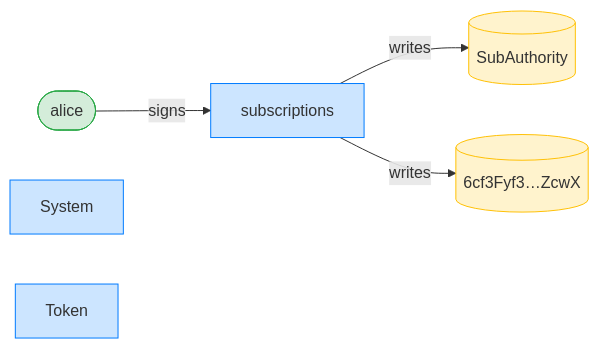
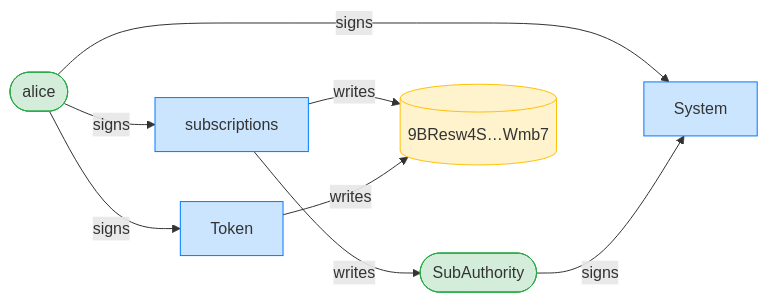
Before and after one commit to cds-rs/subscriptions: the third of 20 diagrams in dsl_tests/resume-rejected-when-the-plan-was-deleted.md, drawn with Mermaid. The commit also changed other lines of this file and 224 other files, not shown here.

````diff
--- a/dsl_tests/resume-rejected-when-the-plan-was-deleted.md
+++ b/dsl_tests/resume-rejected-when-the-plan-was-deleted.md
@@ -55,15 +56,19 @@
 ```mermaid
 flowchart LR
     classDef signer fill:#d4edda,stroke:#28a745;
     classDef program fill:#cce5ff,stroke:#007bff;
     classDef writable fill:#fff3cd,stroke:#ffc107;
     subscriptions[subscriptions]:::program
     alice([alice]):::signer
-    SubAuthority[(SubAuthority)]:::writable
-    6cf3Fyf3_ZcwX[("6cf3Fyf3…ZcwX")]:::writable
+    SubAuthority([SubAuthority]):::signer
+    9BResw4S_Wmb7[("9BResw4S…Wmb7")]:::writable
     System[System]:::program
     Token[Token]:::program
     alice -->|signs| subscriptions
+    alice -->|signs| System
+    SubAuthority -->|signs| System
+    alice -->|signs| Token
     subscriptions -->|writes| SubAuthority
-    subscriptions -->|writes| 6cf3Fyf3_ZcwX
+    subscriptions -->|writes| 9BResw4S_Wmb7
+    Token -->|writes| 9BResw4S_Wmb7
 ```
````
